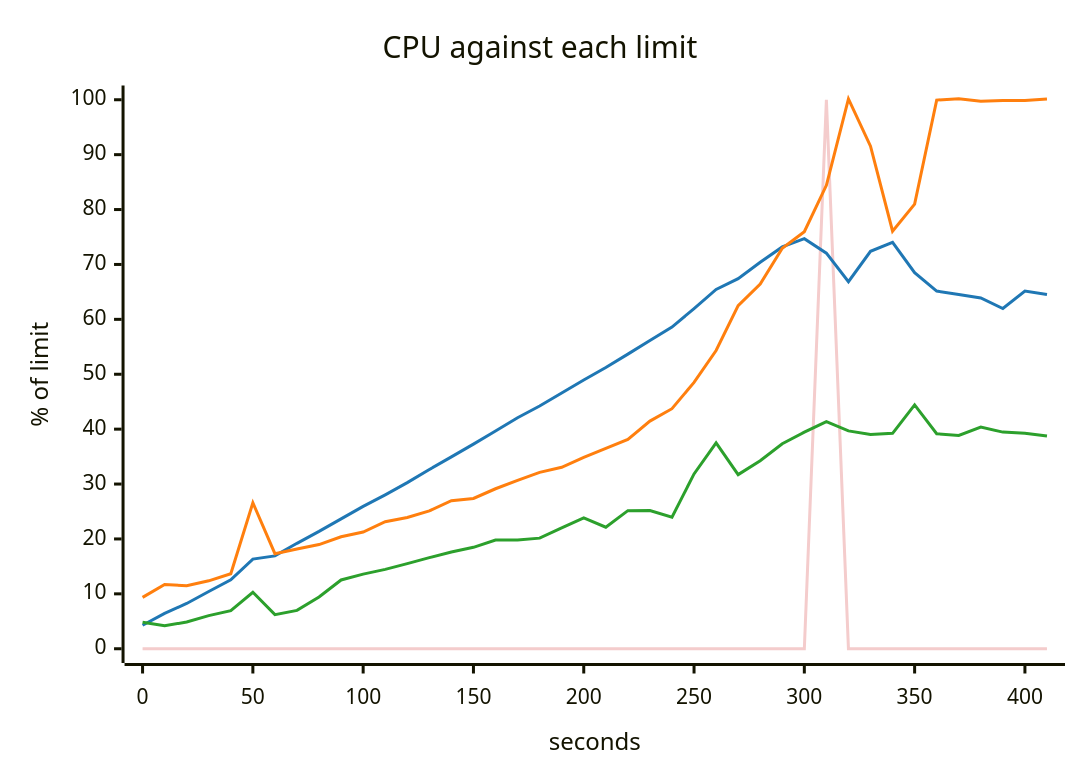
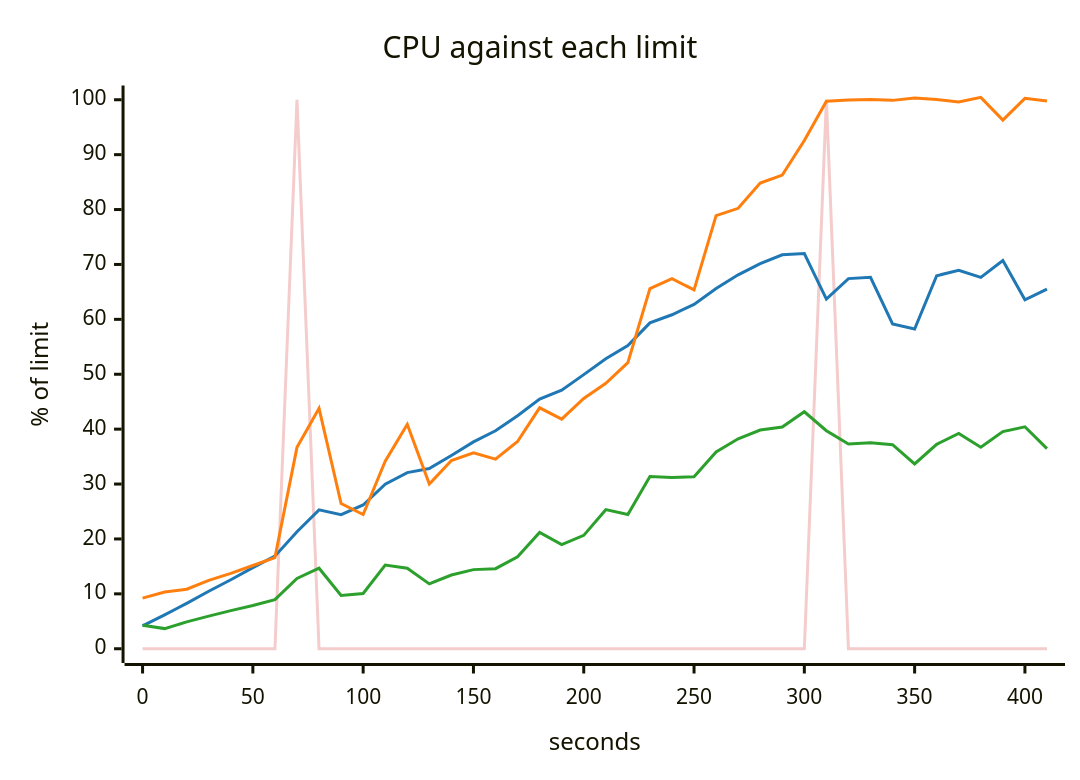
One commit to akinfemi/load-lore changed the fifth of 5 diagrams in scenarios/when-to-scale-your-database/solutions/one-query-per-page/report.md. Above: the diagram before and after it, drawn with Mermaid. The commit also changed other lines of this file and 125 other files, not shown here.

````diff
--- a/scenarios/when-to-scale-your-database/solutions/one-query-per-page/report.md
+++ b/scenarios/when-to-scale-your-database/solutions/one-query-per-page/report.md
@@ -97,17 +102,17 @@
 ```mermaid
 ---
 config:
   themeVariables:
     xyChart:
       backgroundColor: "transparent"
       plotColorPalette: "#f4cccc, #1f77b4, #ff7f0e, #2ca02c"
 ---
 xychart-beta
     title "CPU against each limit"
     x-axis "seconds" 0 --> 410
     y-axis "% of limit" 0 --> 100
-    line [0, 0, 0, 0, 0, 0, 0, 0, 0, 0, 0, 0, 0, 0, 0, 0, 0, 0, 0, 0, 0, 0, 0, 0, 0, 0, 0, 0, 0, 0, 0, 100, 0, 0, 0, 0, 0, 0, 0, 0, 0, 0]
-    line [4.288, 6.445, 8.251, 10.437, 12.555, 16.324, 16.913, 19.204, 21.372, 23.66, 25.926, 28.042, 30.254, 32.64, 34.941, 37.275, 39.648, 42.084, 44.205, 46.575, 48.938, 51.218, 53.671, 56.146, 58.582, 61.968, 65.457, 67.4, 70.404, 73.194, 74.701, 72.059, 66.865, 72.392, 74.009, 68.512, 65.153, 64.513, 63.895, 61.98, 65.139, 64.513]
-    line [9.351, 11.718, 11.476, 12.372, 13.672, 26.603, 17.31, 18.157, 18.98, 20.388, 21.266, 23.137, 23.899, 25.101, 26.96, 27.382, 29.142, 30.667, 32.132, 33.061, 34.879, 36.5, 38.118, 41.469, 43.725, 48.524, 54.327, 62.504, 66.444, 72.937, 75.957, 84.411, 100.159, 91.55, 76.064, 80.983, 99.933, 100.166, 99.729, 99.884, 99.884, 100.129]
-    line [4.834, 4.181, 4.869, 6.034, 6.93, 10.286, 6.218, 6.985, 9.441, 12.532, 13.599, 14.461, 15.5, 16.598, 17.628, 18.478, 19.8, 19.802, 20.148, 22.026, 23.842, 22.138, 25.152, 25.192, 23.951, 31.845, 37.49, 31.714, 34.261, 37.347, 39.443, 41.382, 39.679, 39.039, 39.232, 44.409, 39.167, 38.855, 40.369, 39.459, 39.232, 38.732]
+    line [0, 0, 0, 0, 0, 0, 0, 100, 0, 0, 0, 0, 0, 0, 0, 0, 0, 0, 0, 0, 0, 0, 0, 0, 0, 0, 0, 0, 0, 0, 0, 100, 0, 0, 0, 0, 0, 0, 0, 0, 0, 0]
+    line [4.153, 6.175, 8.27, 10.473, 12.565, 14.766, 16.867, 21.319, 25.29, 24.418, 26.189, 29.982, 32.09, 32.832, 35.201, 37.683, 39.695, 42.429, 45.462, 47.107, 49.929, 52.817, 55.223, 59.356, 60.838, 62.731, 65.615, 68.107, 70.143, 71.752, 71.975, 63.691, 67.418, 67.671, 59.151, 58.241, 67.945, 68.923, 67.632, 70.704, 63.571, 65.5]
+    line [9.212, 10.326, 10.842, 12.457, 13.723, 15.168, 16.612, 36.68, 43.793, 26.452, 24.447, 34.17, 40.874, 29.995, 34.281, 35.705, 34.539, 37.758, 43.885, 41.832, 45.603, 48.361, 52.121, 65.587, 67.404, 65.369, 78.897, 80.223, 84.828, 86.285, 92.572, 99.745, 99.956, 100.034, 99.887, 100.31, 100.045, 99.585, 100.43, 96.297, 100.249, 99.766]
+    line [4.289, 3.671, 4.896, 5.935, 6.944, 7.867, 8.957, 12.807, 14.674, 9.698, 10.068, 15.245, 14.654, 11.821, 13.427, 14.413, 14.591, 16.742, 21.176, 18.969, 20.655, 25.337, 24.454, 31.385, 31.176, 31.326, 35.847, 38.239, 39.846, 40.376, 43.171, 39.718, 37.282, 37.516, 37.179, 33.655, 37.244, 39.218, 36.703, 39.554, 40.432, 36.449]
 ```
````
